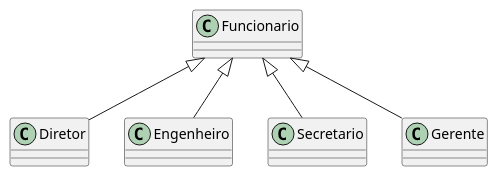
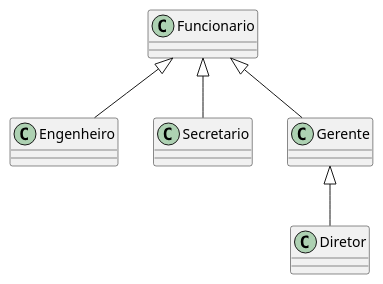
The fifth of 9 diagrams in src/03_conceitos_OO/08_Heranca.md (leandro-costa/vuepresspoo), drawn with PlantUML before and after one commit. The commit also changed other lines of this file, not shown here.

Commit message:
ajuste herança

```diff
--- a/src/03_conceitos_OO/08_Heranca.md
+++ b/src/03_conceitos_OO/08_Heranca.md
@@ -257,7 +257,7 @@
 @startuml
-Funcionario <|-- Diretor
 Funcionario <|-- Engenheiro
 Funcionario <|-- Secretario
 Funcionario <|-- Gerente
+Gerente <|-- Diretor
 
 @enduml
```
